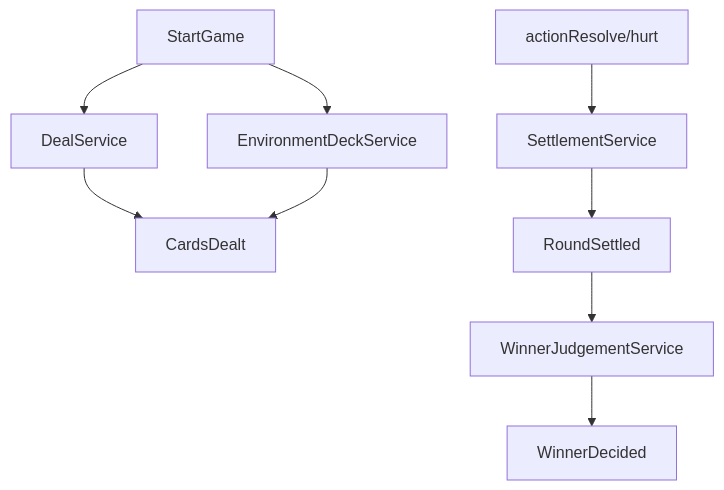
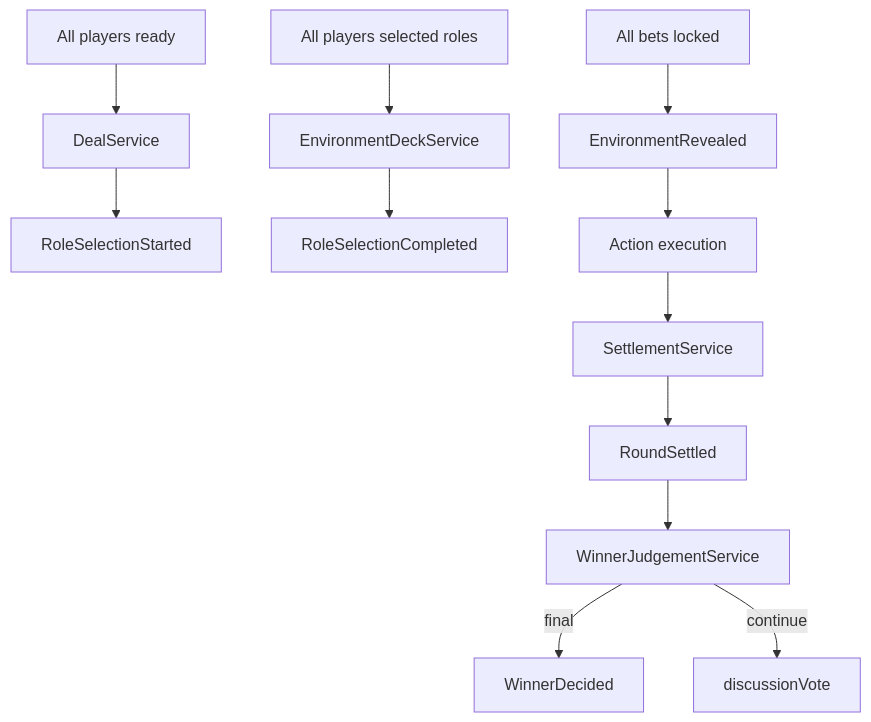
One commit to sadofriod/deskgame changed the third of 3 diagrams in docs/flows/room-flow.md. Above: the diagram before and after it, drawn with Mermaid. The commit also changed other lines of this file and 34 other files, not shown here.

````diff
--- a/docs/flows/room-flow.md
+++ b/docs/flows/room-flow.md
@@ -38,11 +39,14 @@
 ```mermaid
 flowchart TD
-  S[StartGame] --> DS[DealService]
-  S --> ES[EnvironmentDeckService]
-  DS --> C[CardsDealt]
-  ES --> C
-  AR[actionResolve/hurt] --> SS[SettlementService]
-  SS --> RS[RoundSettled]
-  RS --> WS[WinnerJudgementService]
-  WS --> WD[WinnerDecided]
+  Ready[All players ready] --> DS[DealService]
+  DS --> RS[RoleSelectionStarted]
+  Select[All players selected roles] --> ES[EnvironmentDeckService]
+  ES --> RC[RoleSelectionCompleted]
+  Bet[All bets locked] --> ER[EnvironmentRevealed]
+  ER --> AX[Action execution]
+  AX --> SS[SettlementService]
+  SS --> ST[RoundSettled]
+  ST --> WS[WinnerJudgementService]
+  WS -->|final| WD[WinnerDecided]
+  WS -->|continue| DV[discussionVote]
 ```
````
